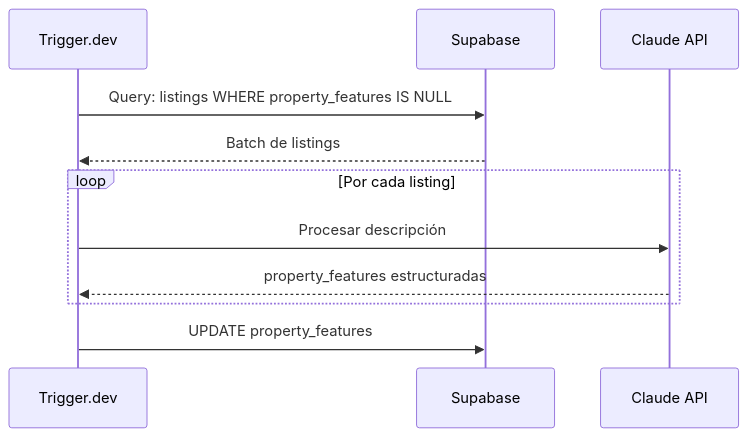
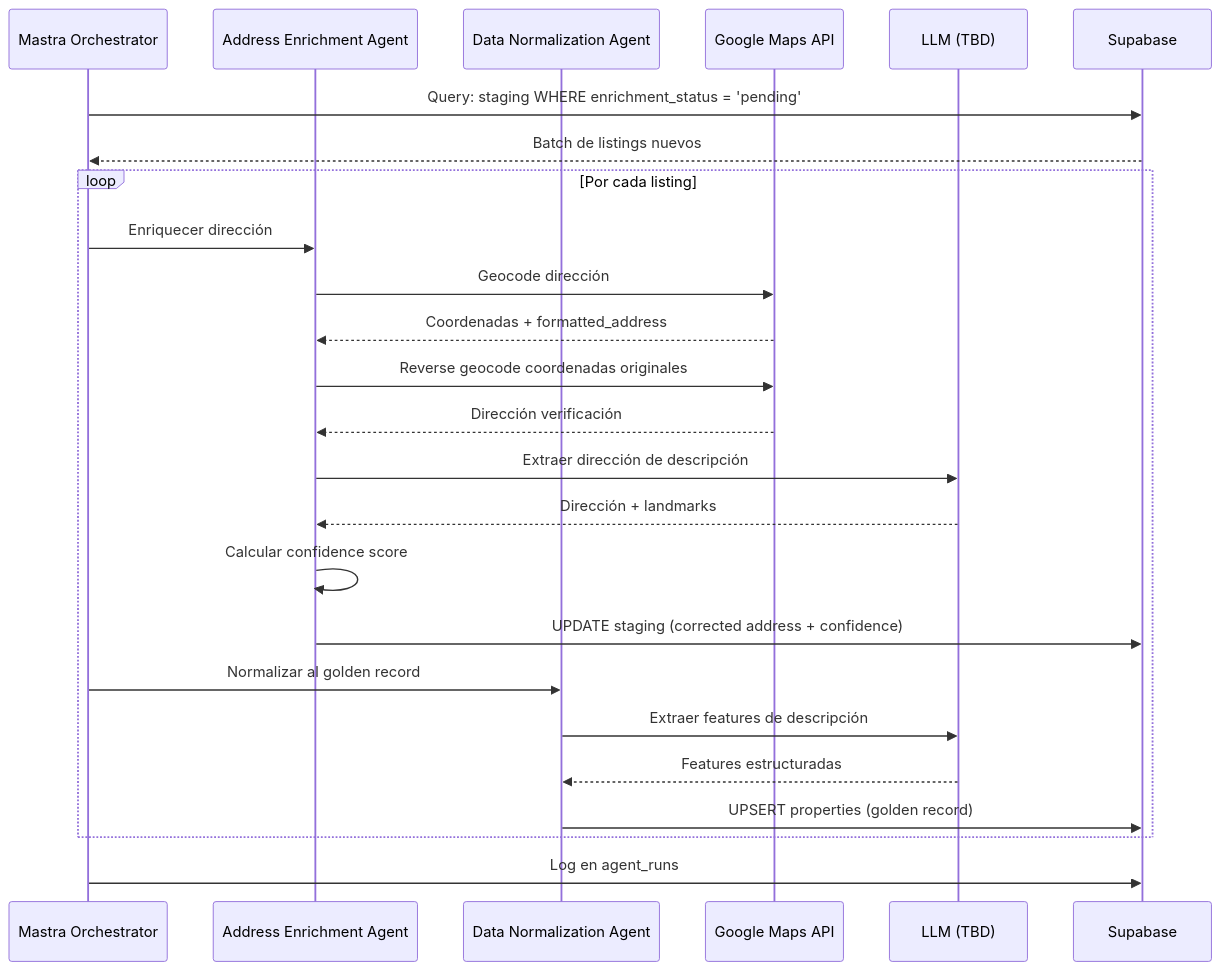
The fourth of 6 diagrams in 02-Architecture/System-Architecture.md (pablo-beiqa/beiqa-real-estate-platform), drawn with Mermaid before and after one commit. The commit also changed other lines of this file and 13 other files, not shown here.

````diff
--- a/02-Architecture/System-Architecture.md
+++ b/02-Architecture/System-Architecture.md
@@ -232,14 +312,28 @@
 ```mermaid
 sequenceDiagram
-    participant TDev as Trigger.dev
+    participant Mastra as Mastra Orchestrator
+    participant AE as Address Enrichment Agent
+    participant DN as Data Normalization Agent
+    participant Google as Google Maps API
+    participant LLM as LLM (TBD)
     participant Supabase
-    participant Claude as Claude API
 
-    TDev->>Supabase: Query: listings WHERE property_features IS NULL
-    Supabase-->>TDev: Batch de listings
+    Mastra->>Supabase: Query: staging WHERE enrichment_status = 'pending'
+    Supabase-->>Mastra: Batch de listings nuevos
     loop Por cada listing
-        TDev->>Claude: Procesar descripción
-        Claude-->>TDev: property_features estructuradas
+        Mastra->>AE: Enriquecer dirección
+        AE->>Google: Geocode dirección
+        Google-->>AE: Coordenadas + formatted_address
+        AE->>Google: Reverse geocode coordenadas originales
+        Google-->>AE: Dirección verificación
+        AE->>LLM: Extraer dirección de descripción
+        LLM-->>AE: Dirección + landmarks
+        AE->>AE: Calcular confidence score
+        AE->>Supabase: UPDATE staging (corrected address + confidence)
+        Mastra->>DN: Normalizar al golden record
+        DN->>LLM: Extraer features de descripción
+        LLM-->>DN: Features estructuradas
+        DN->>Supabase: UPSERT properties (golden record)
     end
-    TDev->>Supabase: UPDATE property_features
+    Mastra->>Supabase: Log en agent_runs
 ```
````
